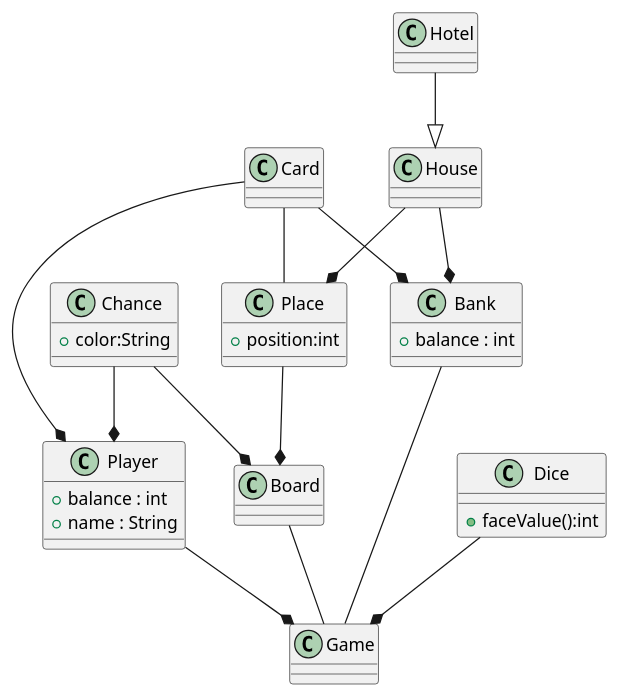
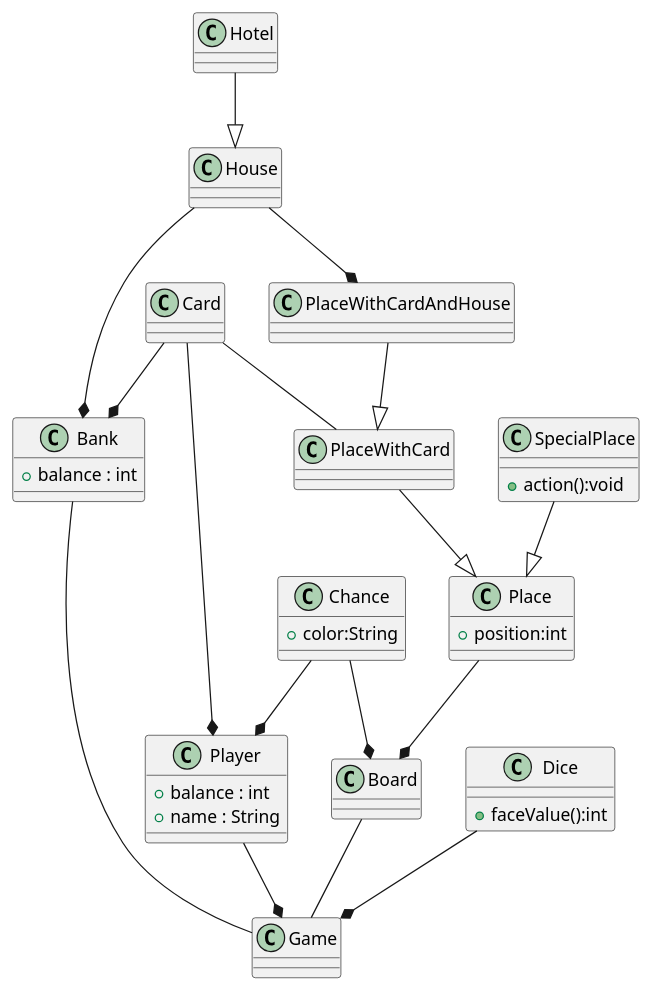
One commit to kpodlaski/ProjObj2019 changed the diagram in zaoczne/gr1/monopoly/class_diagram.plantuml. Above: the diagram before and after it, drawn with PlantUML. The commit also changed 1 other file, not shown here.

```diff
--- a/zaoczne/gr1/monopoly/class_diagram.plantuml
+++ b/zaoczne/gr1/monopoly/class_diagram.plantuml
@@ -1,39 +1,48 @@
 @startuml
 class Player{
     +balance : int
     +name : String
 }
 class Bank{
     'we can allow infinite balance in bank
     +balance : int
 }
 class Game {}
 
 class Board {}
 class Place{
     +position:int
 }
+class SpecialPlace{
+    +action():void
+}
+class PlaceWithCard{}
+class PlaceWithCardAndHouse{} 
 class Card{}
 class House{}
 class Hotel{}
 class Dice{
     +faceValue():int
 }
 class Chance{
     +color:String
 }
 
 Player --* Game
 Bank -- Game
 Board -- Game
-Card -- Place
+Card -- PlaceWithCard
 Place --* Board
 Dice --* Game
-House --* Place
+House --* PlaceWithCardAndHouse
 House --* Bank
 Chance --* Board
 Card --* Bank
 Card --* Player
 Chance --* Player
 Hotel --|> House
+
+SpecialPlace --|> Place
+PlaceWithCard --|> Place
+PlaceWithCardAndHouse --|> PlaceWithCard
 @enduml
```
